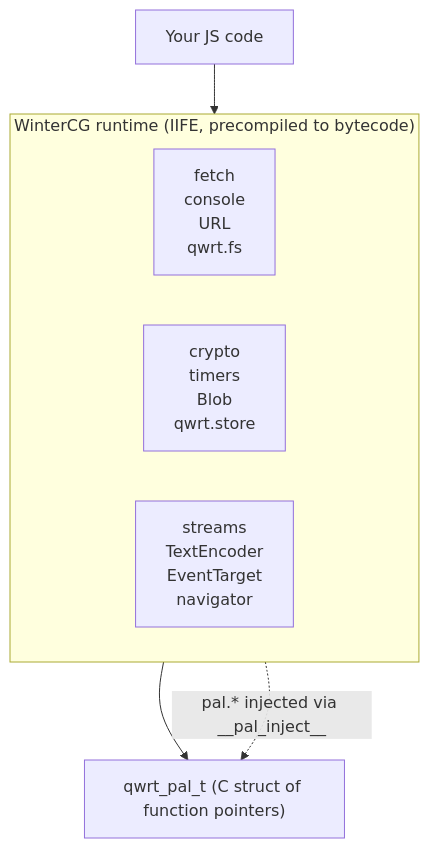
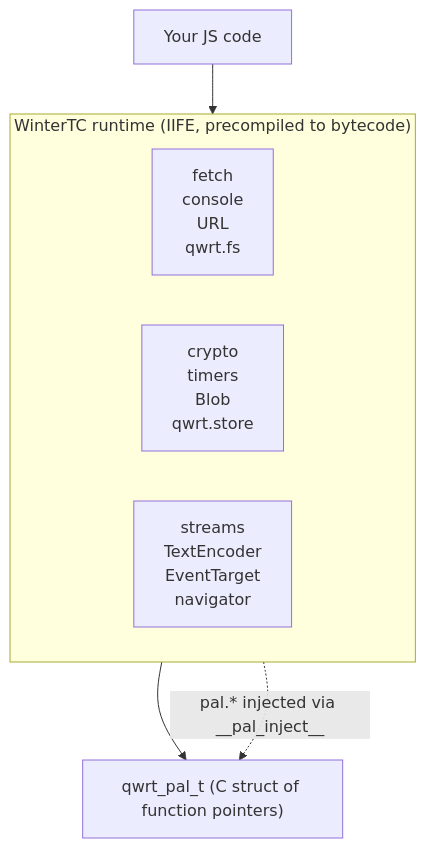
Before and after one commit to adam-ikari/qwrt: the diagram in docs/js-api/index.md, drawn with Mermaid. The commit also changed other lines of this file and 67 other files, not shown here.

````diff
--- a/docs/js-api/index.md
+++ b/docs/js-api/index.md
@@ -12,12 +12,12 @@
 ```mermaid
 flowchart TB
     A["Your JS code"] --> B
-    subgraph B["WinterCG runtime (IIFE, precompiled to bytecode)"]
+    subgraph B["WinterTC runtime (IIFE, precompiled to bytecode)"]
         direction LR
         C["fetch<br/>console<br/>URL<br/>qwrt.fs"]
         D["crypto<br/>timers<br/>Blob<br/>qwrt.store"]
         E["streams<br/>TextEncoder<br/>EventTarget<br/>navigator"]
     end
     B --> F["qwrt_pal_t (C struct of function pointers)"]
     B -.->|pal.* injected via __pal_inject__| F
 ```
````
